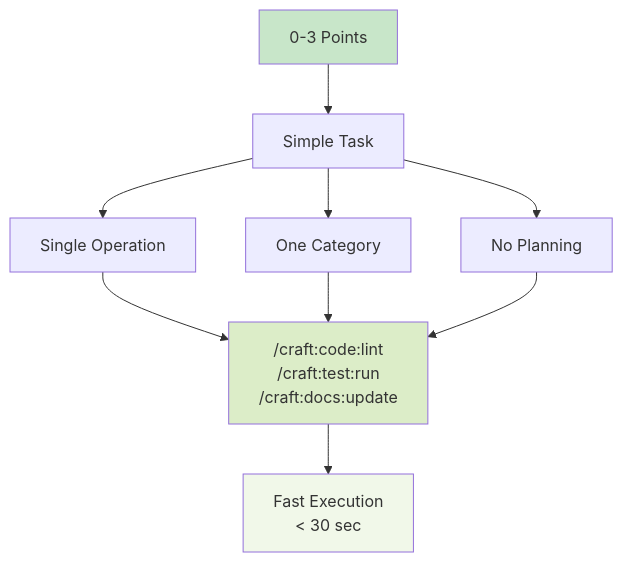
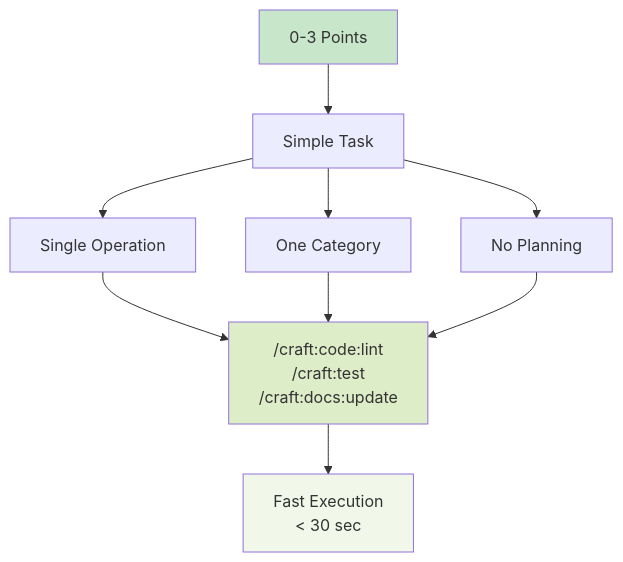
One commit to Data-Wise/craft changed the fifth of 8 diagrams in docs/guide/complexity-scoring-algorithm.md. Above: the diagram before and after it, drawn with Mermaid. The commit also changed 45 other files, not shown here.

````diff
--- a/docs/guide/complexity-scoring-algorithm.md
+++ b/docs/guide/complexity-scoring-algorithm.md
@@ -340,17 +340,17 @@
 ```mermaid
 graph TD
     A["0-3 Points"] --> B["Simple Task"]
     B --> C["Single Operation"]
     B --> D["One Category"]
     B --> E["No Planning"]
 
-    C --> F["/craft:code:lint<br/>/craft:test:run<br/>/craft:docs:update"]
+    C --> F["/craft:code:lint<br/>/craft:test<br/>/craft:docs:update"]
     D --> F
     E --> F
 
     F --> G["Fast Execution<br/>< 30 sec"]
 
     style A fill:#c8e6c9
     style F fill:#dcedc8
     style G fill:#f1f8e9
 ```
````
